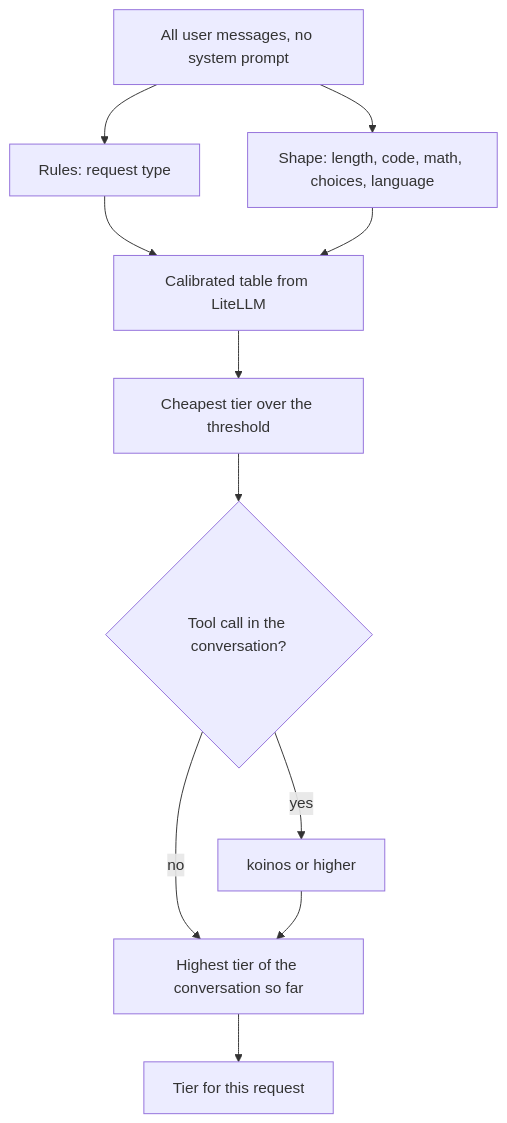
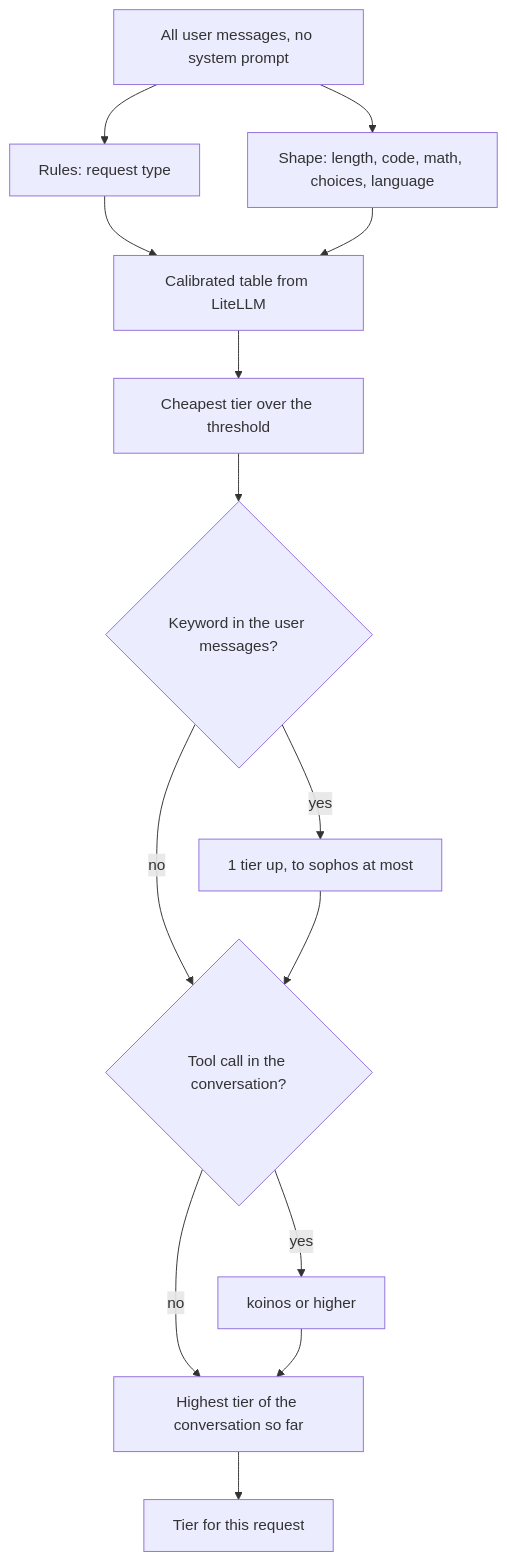
One commit to nemoe7/daedalus changed the second of 5 diagrams in docs/architecture.md. Above: the diagram before and after it, drawn with Mermaid. The commit also changed other lines of this file and 6 other files, not shown here.

Commit message:
feat(routing): raise the auto tier by 1 on an escalation keyword

````diff
--- a/docs/architecture.md
+++ b/docs/architecture.md
@@ -43,13 +43,16 @@
 ```mermaid
 flowchart TD
   U[All user messages, no system prompt] --> R[Rules: request type]
   U --> K[Shape: length, code, math, choices, language]
   R --> AR[Calibrated table from LiteLLM]
   K --> AR
   AR --> T1[Cheapest tier over the threshold]
-  T1 --> TF{Tool call in the conversation?}
+  T1 --> KW{Keyword in the user messages?}
+  KW -->|yes| UP[1 tier up, to sophos at most]
+  KW -->|no| TF
+  UP --> TF{Tool call in the conversation?}
   TF -->|yes| KF[koinos or higher]
   TF -->|no| HT
   KF --> HT[Highest tier of the conversation so far]
   HT --> T[Tier for this request]
 ```
````
